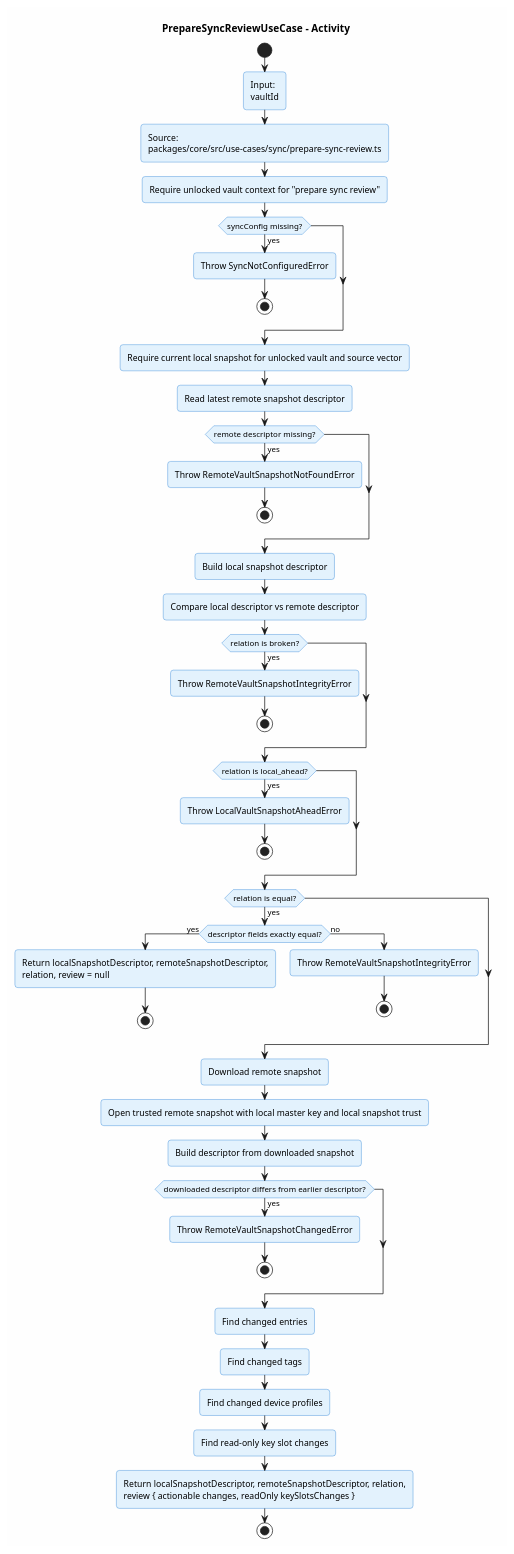
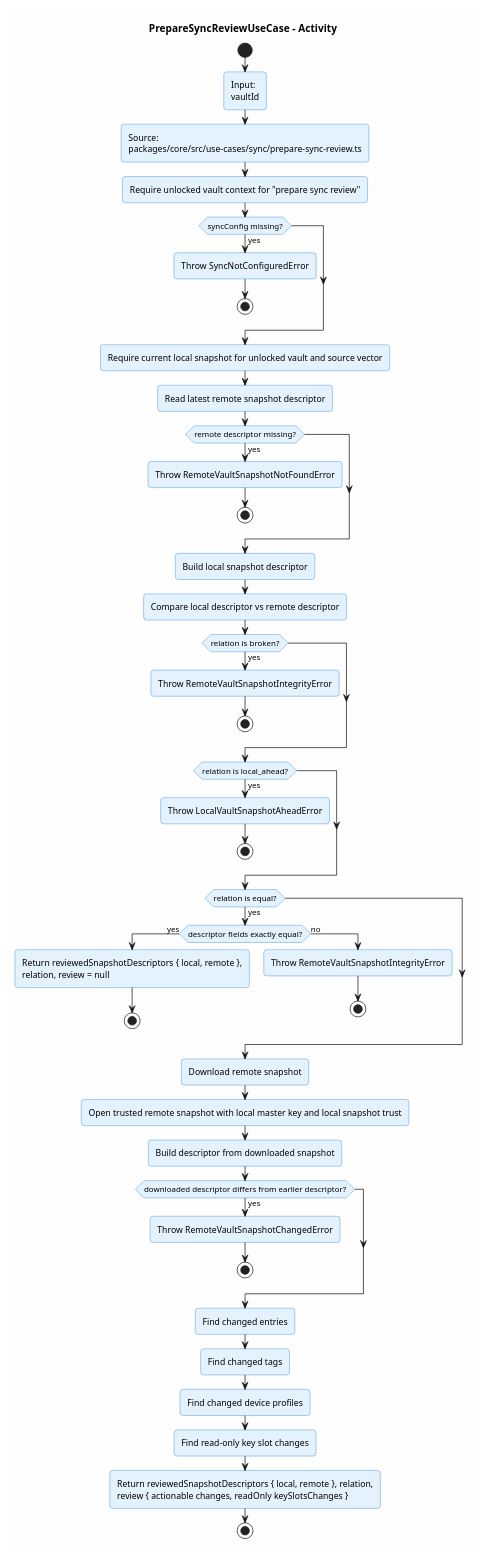
One commit to ArionStudio/engr-serverless-pm changed the diagram in docs/v1/use-case/sync/prepare-sync-review.activity.puml. Above: the diagram before and after it, drawn with PlantUML. The commit also changed 29 other files, not shown here.

```diff
--- a/docs/v1/use-case/sync/prepare-sync-review.activity.puml
+++ b/docs/v1/use-case/sync/prepare-sync-review.activity.puml
@@ -1,62 +1,62 @@
 @startuml prepare-sync-review-activity
 title PrepareSyncReviewUseCase - Activity
 
 skinparam backgroundColor #FEFEFE
 skinparam roundcorner 8
 skinparam shadowing false
 skinparam activity {
   BackgroundColor #E3F2FD
   BorderColor #1976D2
 }
 
 start
 :Input:\nvaultId;
 :Source:\npackages/core/src/use-cases/sync/prepare-sync-review.ts;
 :Require unlocked vault context for "prepare sync review";
 if (syncConfig missing?) then (yes)
   :Throw SyncNotConfiguredError;
   stop
 endif
 
 :Require current local snapshot for unlocked vault and source vector;
 :Read latest remote snapshot descriptor;
 if (remote descriptor missing?) then (yes)
   :Throw RemoteVaultSnapshotNotFoundError;
   stop
 endif
 
 :Build local snapshot descriptor;
 :Compare local descriptor vs remote descriptor;
 if (relation is broken?) then (yes)
   :Throw RemoteVaultSnapshotIntegrityError;
   stop
 endif
 if (relation is local_ahead?) then (yes)
   :Throw LocalVaultSnapshotAheadError;
   stop
 endif
 if (relation is equal?) then (yes)
   if (descriptor fields exactly equal?) then (yes)
-    :Return localSnapshotDescriptor, remoteSnapshotDescriptor,\nrelation, review = null;
+    :Return reviewedSnapshotDescriptors { local, remote },\nrelation, review = null;
     stop
   else (no)
     :Throw RemoteVaultSnapshotIntegrityError;
     stop
   endif
 endif
 
 :Download remote snapshot;
 :Open trusted remote snapshot with local master key and local snapshot trust;
 :Build descriptor from downloaded snapshot;
 if (downloaded descriptor differs from earlier descriptor?) then (yes)
   :Throw RemoteVaultSnapshotChangedError;
   stop
 endif
 
 :Find changed entries;
 :Find changed tags;
 :Find changed device profiles;
 :Find read-only key slot changes;
-:Return localSnapshotDescriptor, remoteSnapshotDescriptor, relation,\nreview { actionable changes, readOnly keySlotsChanges };
+:Return reviewedSnapshotDescriptors { local, remote }, relation,\nreview { actionable changes, readOnly keySlotsChanges };
 stop
 @enduml
```
